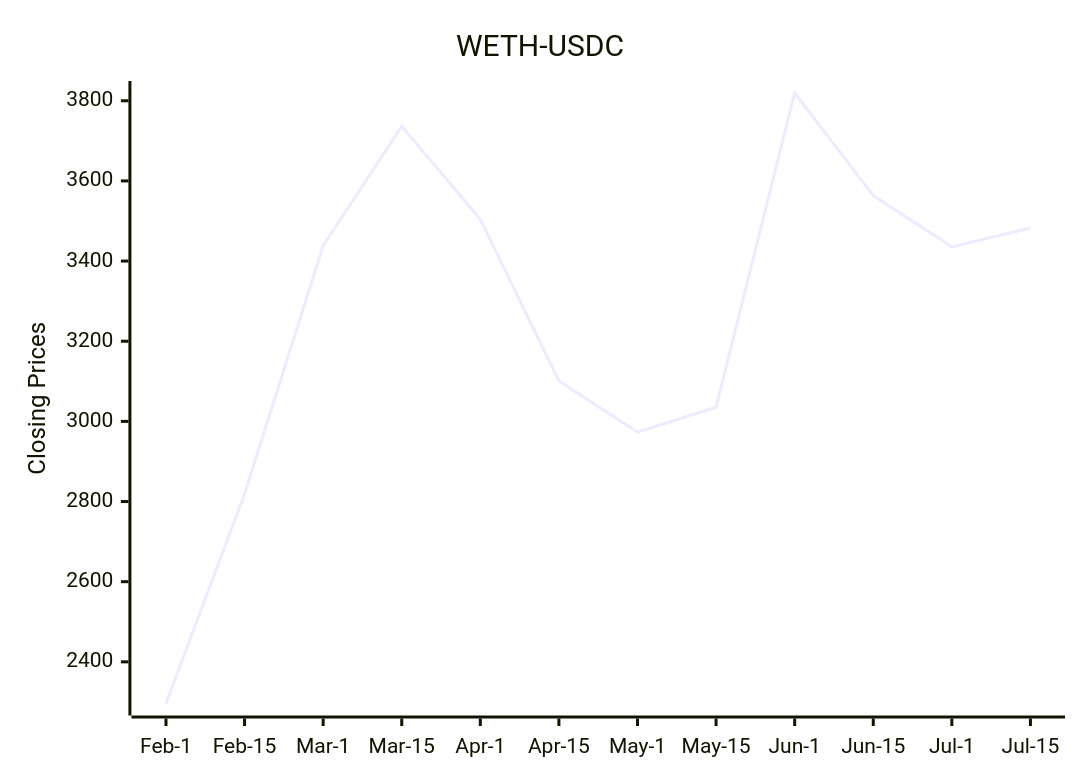
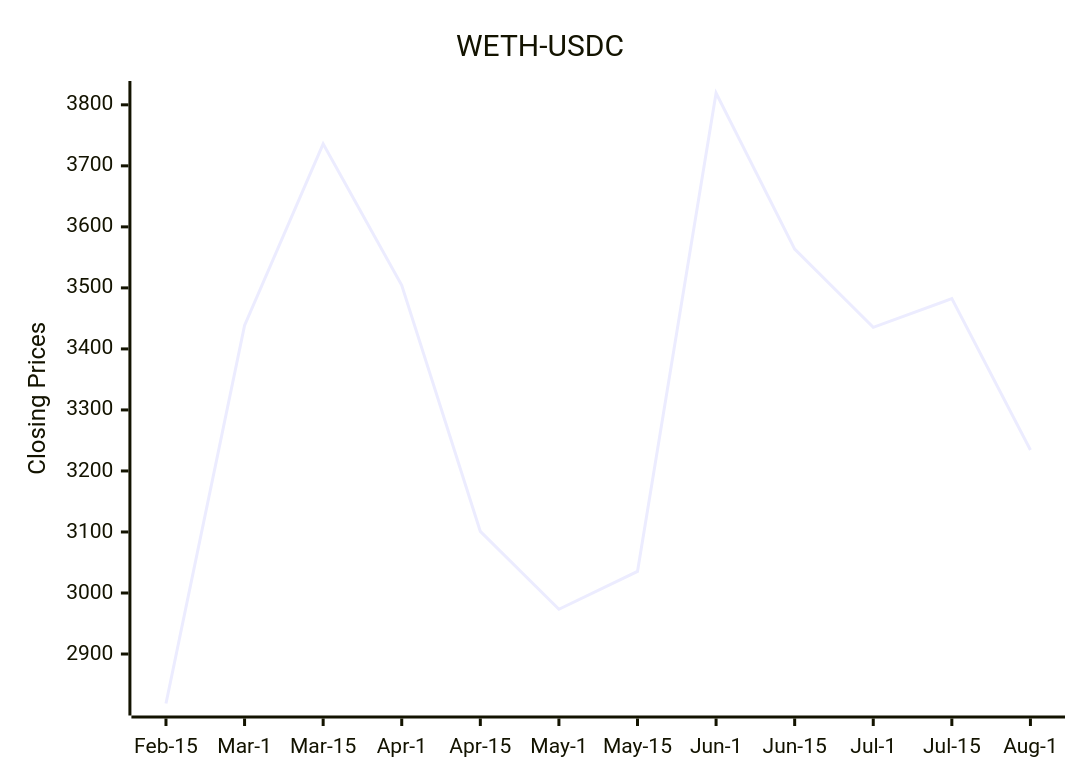
The diagram in README.md (bicced/ReadmeCryptoPriceChart), drawn with Mermaid before and after one commit.

Commit message:
Update README with latest DEX data

````diff
--- a/README.md
+++ b/README.md
@@ -6,7 +6,7 @@
 ```mermaid
 xychart-beta
   title "WETH-USDC"
-  x-axis [Feb-1,Feb-15,Mar-1,Mar-15,Apr-1,Apr-15,May-1,May-15,Jun-1,Jun-15,Jul-1,Jul-15]
-  y-axis "Closing Prices" 2296.0446885069 --> 3819.38075388494
-  line [2296.0446885069,2818.91515756047,3438.35534213694,3736.1373634517,3504.3532147092,3100.95426847415,2973.3332502791,3035.35925312099,3819.38075388494,3563.50423684803,3435.37304391752,3482.40990196361]
+  x-axis [Feb-15,Mar-1,Mar-15,Apr-1,Apr-15,May-1,May-15,Jun-1,Jun-15,Jul-1,Jul-15,Aug-1]
+  y-axis "Closing Prices" 2818.91515756047 --> 3819.38075388494
+  line [2818.91515756047,3438.35534213694,3736.1373634517,3504.3532147092,3100.95426847415,2973.3332502791,3035.35925312099,3819.38075388494,3563.50423684803,3435.37304391752,3482.40990196361,3234.34637484843]
 ```
````
